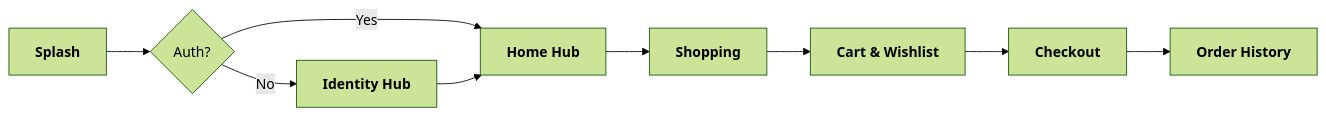
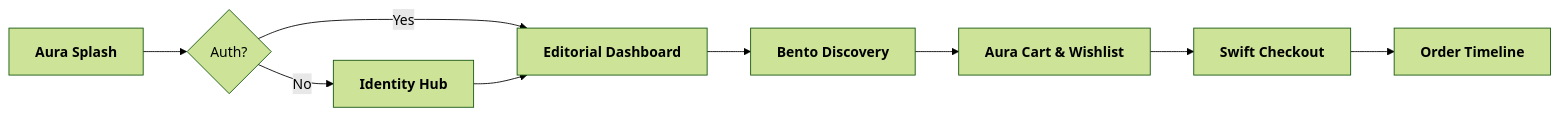
The diagram in README.md (anshu-ac-dv/aura_mart), drawn with Mermaid (forest theme) before and after one commit. The commit also changed other lines of this file, not shown here.

````diff
--- a/README.md
+++ b/README.md
@@ -36,11 +37,11 @@
 ```mermaid
 graph LR
-    A[<b>Splash</b>] --> B{Auth?}
+    A[<b>Aura Splash</b>] --> B{Auth?}
     B -- No --> C[<b>Identity Hub</b>]
-    B -- Yes --> D[<b>Home Hub</b>]
+    B -- Yes --> D[<b>Editorial Dashboard</b>]
     C --> D
-    D --> E[<b>Shopping</b>]
-    E --> F[<b>Cart & Wishlist</b>]
-    F --> G[<b>Checkout</b>]
-    G --> H[<b>Order History</b>]
+    D --> E[<b>Bento Discovery</b>]
+    E --> F[<b>Aura Cart & Wishlist</b>]
+    F --> G[<b>Swift Checkout</b>]
+    G --> H[<b>Order Timeline</b>]
 ```
````
